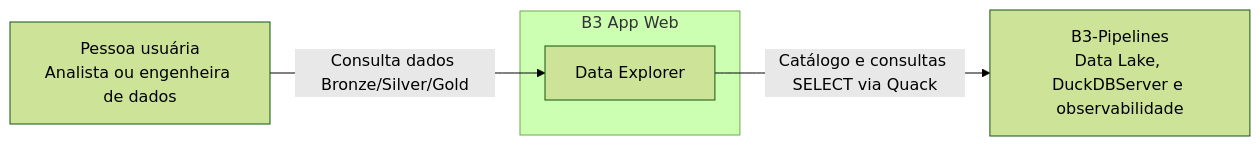
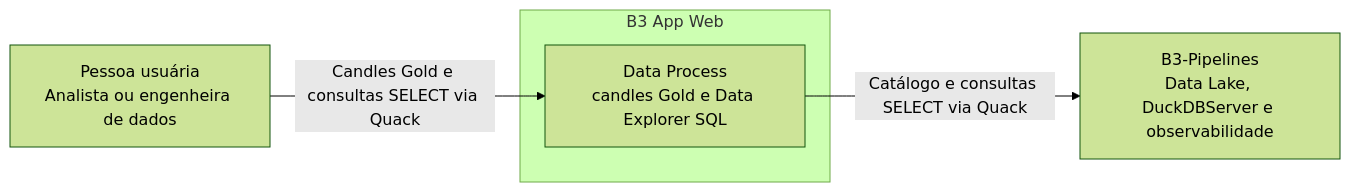
The first of 2 diagrams in B3-Web-App/docs/index.md (BiellBatista/Python.DataEngineering), drawn with Mermaid (forest theme) before and after one commit. The commit also changed other lines of this file and 25 other files, not shown here.

First line of the commit message:
feat: add Gold candles chart tab and rename app to Data Process

````diff
--- a/B3-Web-App/docs/index.md
+++ b/B3-Web-App/docs/index.md
@@ -28,11 +29,11 @@
 ```mermaid
 flowchart LR
     User["Pessoa usuária<br/>Analista ou engenheira de dados"]
     subgraph Web["B3 App Web"]
-        App["Data Explorer"]
+        App["Data Process<br/>candles Gold e Data Explorer SQL"]
     end
     Lake["B3-Pipelines<br/>Data Lake, DuckDBServer e observabilidade"]
 
-    User -->|"Consulta dados Bronze/Silver/Gold"| App
+    User -->|"Candles Gold e consultas SELECT via Quack"| App
     App -->|"Catálogo e consultas SELECT via Quack"| Lake
 ```
````
